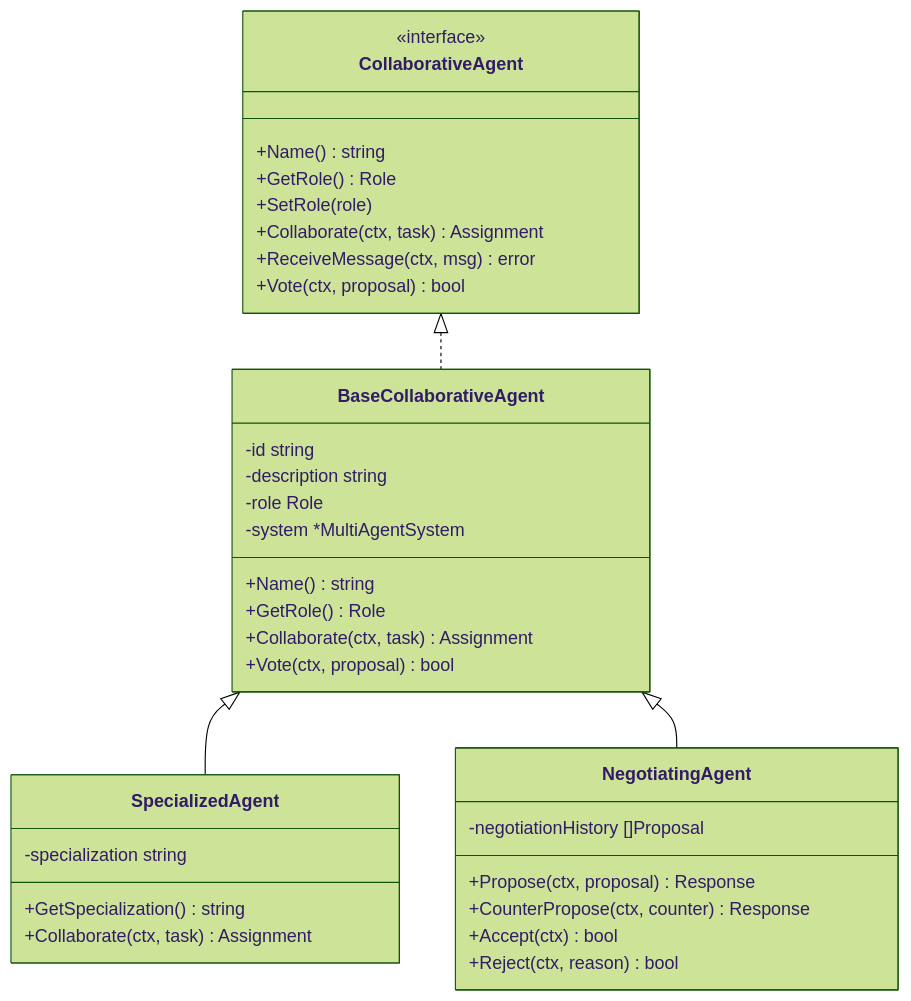
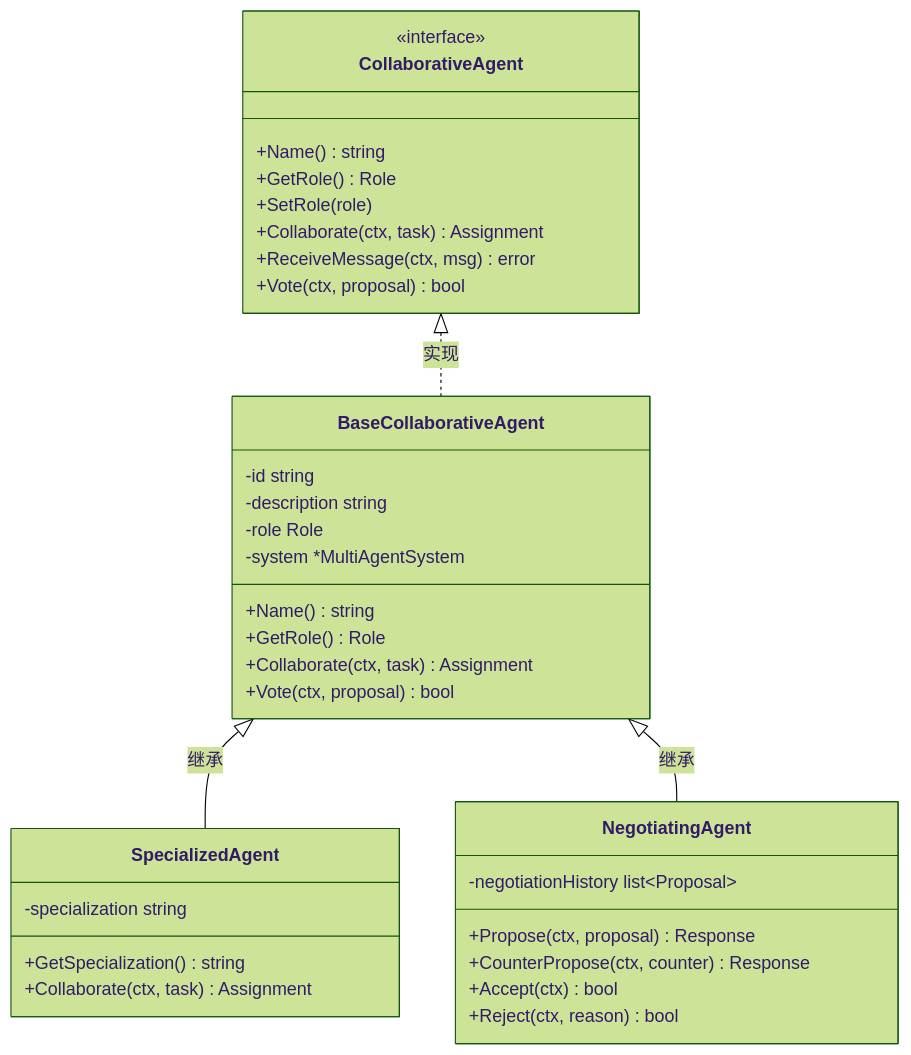
Before and after one commit to kart-io/goagent: the first of 10 diagrams in examples/multiagent/04-specialized-agents/README.md, drawn with Mermaid (forest theme). The commit also changed 34 other files, not shown here.

````diff
--- a/examples/multiagent/04-specialized-agents/README.md
+++ b/examples/multiagent/04-specialized-agents/README.md
@@ -17,41 +17,41 @@
 ```mermaid
 classDiagram
     class CollaborativeAgent {
         <<interface>>
         +Name() string
         +GetRole() Role
         +SetRole(role)
         +Collaborate(ctx, task) Assignment
         +ReceiveMessage(ctx, msg) error
         +Vote(ctx, proposal) bool
     }
 
     class BaseCollaborativeAgent {
         -id string
         -description string
         -role Role
         -system *MultiAgentSystem
         +Name() string
         +GetRole() Role
         +Collaborate(ctx, task) Assignment
         +Vote(ctx, proposal) bool
     }
 
     class SpecializedAgent {
         -specialization string
         +GetSpecialization() string
         +Collaborate(ctx, task) Assignment
     }
 
     class NegotiatingAgent {
-        -negotiationHistory []Proposal
+        -negotiationHistory list~Proposal~
         +Propose(ctx, proposal) Response
         +CounterPropose(ctx, counter) Response
         +Accept(ctx) bool
         +Reject(ctx, reason) bool
     }
 
-    CollaborativeAgent <|.. BaseCollaborativeAgent
-    BaseCollaborativeAgent <|-- SpecializedAgent
-    BaseCollaborativeAgent <|-- NegotiatingAgent
+    CollaborativeAgent <|.. BaseCollaborativeAgent : 实现
+    BaseCollaborativeAgent <|-- SpecializedAgent : 继承
+    BaseCollaborativeAgent <|-- NegotiatingAgent : 继承
 ```
````
